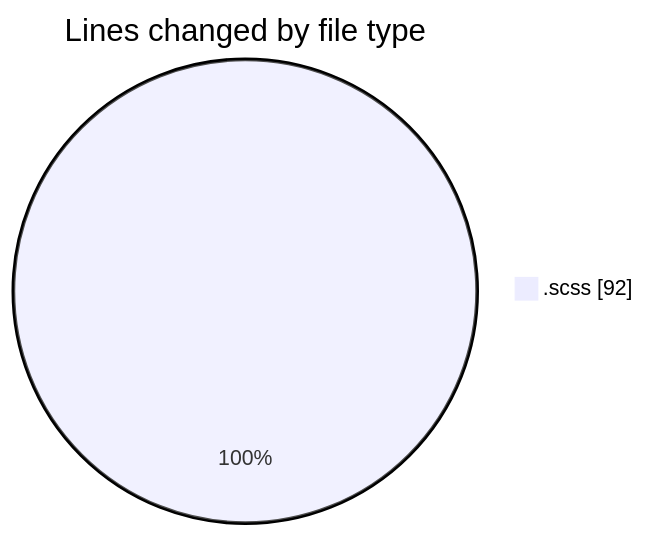
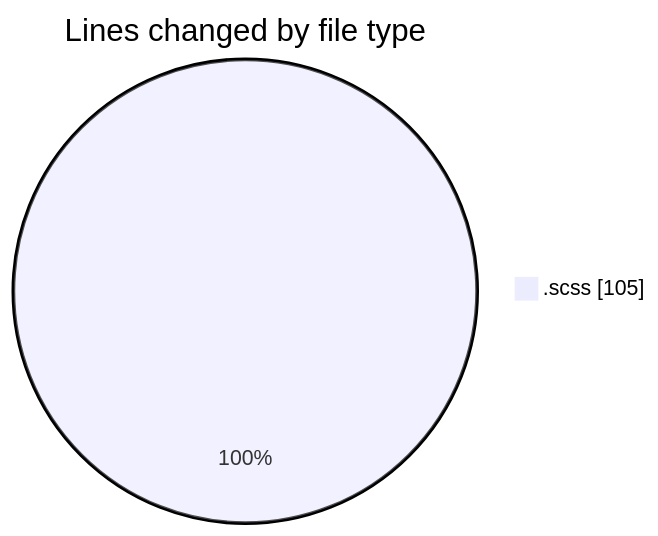
The first of 2 diagrams in 2025-07-10/cda/README.md (momahboobian/code-tracking), drawn with Mermaid before and after one commit. The commit also changed other lines of this file and 1 other file, not shown here.

````diff
--- a/2025-07-10/cda/README.md
+++ b/2025-07-10/cda/README.md
@@ -20,5 +20,5 @@
 ```mermaid
 pie showData
 title Lines changed by file type
-".scss" : 92
+".scss" : 105
 ```
````
